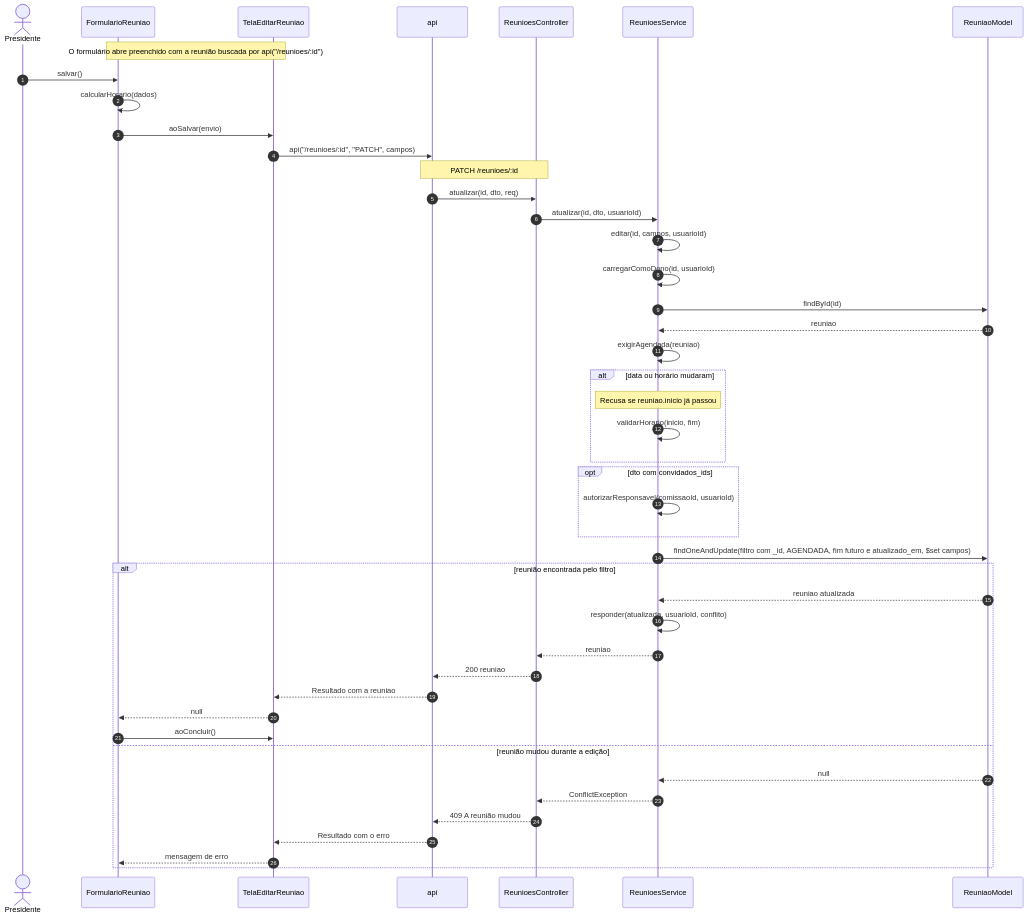
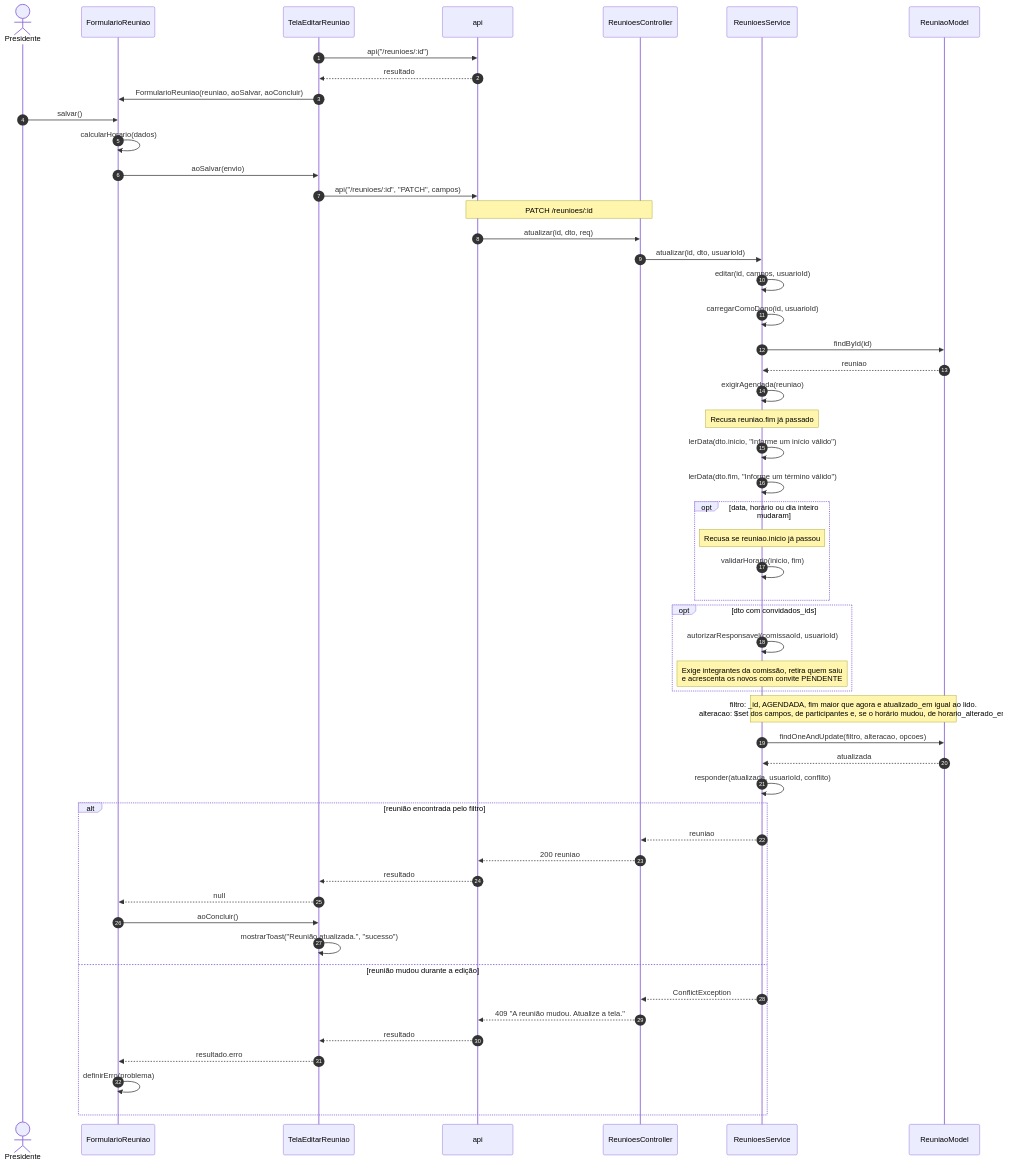
One commit to Conecta-IFSP/DOCUMENTATION changed diagram 11 of 20 in 3 - Incremento2/reunioes/6 - diagramas-sequencia-reunioes.md. Above: the diagram before and after it, drawn with Mermaid. The commit also changed other lines of this file and 10 other files, not shown here.

````diff
--- a/3 - Incremento2/reunioes/6 - diagramas-sequencia-reunioes.md
+++ b/3 - Incremento2/reunioes/6 - diagramas-sequencia-reunioes.md
@@ -340,47 +434,55 @@
 ```mermaid
 sequenceDiagram
     autonumber
     actor U as Presidente
     participant F as FormularioReuniao
     participant E as TelaEditarReuniao
     participant A as api
     participant C as ReunioesController
     participant S as ReunioesService
     participant M as ReuniaoModel
-    Note over F,E: O formulário abre preenchido com a reunião buscada por api("/reunioes/:id")
+    E->>A: api("/reunioes/:id")
+    A-->>E: resultado
+    E->>F: FormularioReuniao(reuniao, aoSalvar, aoConcluir)
     U->>F: salvar()
     F->>F: calcularHorario(dados)
     F->>E: aoSalvar(envio)
     E->>A: api("/reunioes/:id", "PATCH", campos)
     Note over A,C: PATCH /reunioes/:id
     A->>C: atualizar(id, dto, req)
     C->>S: atualizar(id, dto, usuarioId)
     S->>S: editar(id, campos, usuarioId)
     S->>S: carregarComoDono(id, usuarioId)
     S->>M: findById(id)
     M-->>S: reuniao
     S->>S: exigirAgendada(reuniao)
-    alt data ou horário mudaram
+    Note over S: Recusa reuniao.fim já passado
+    S->>S: lerData(dto.inicio, "Informe um início válido")
+    S->>S: lerData(dto.fim, "Informe um término válido")
+    opt data, horário ou dia inteiro mudaram
         Note over S: Recusa se reuniao.inicio já passou
         S->>S: validarHorario(inicio, fim)
     end
     opt dto com convidados_ids
         S->>S: autorizarResponsavel(comissaoId, usuarioId)
+        Note over S: Exige integrantes da comissão, retira quem saiu<br/>e acrescenta os novos com convite PENDENTE
     end
-    S->>M: findOneAndUpdate(filtro com _id, AGENDADA, fim futuro e atualizado_em, $set campos)
+    Note over S,M: filtro: _id, AGENDADA, fim maior que agora e atualizado_em igual ao lido.<br/>alteracao: $set dos campos, de participantes e, se o horário mudou, de horario_alterado_em
+    S->>M: findOneAndUpdate(filtro, alteracao, opcoes)
+    M-->>S: atualizada
+    S->>S: responder(atualizada, usuarioId, conflito)
     alt reunião encontrada pelo filtro
-        M-->>S: reuniao atualizada
-        S->>S: responder(atualizada, usuarioId, conflito)
         S-->>C: reuniao
         C-->>A: 200 reuniao
-        A-->>E: Resultado com a reuniao
+        A-->>E: resultado
         E-->>F: null
         F->>E: aoConcluir()
+        E->>E: mostrarToast("Reunião atualizada.", "sucesso")
     else reunião mudou durante a edição
-        M-->>S: null
         S-->>C: ConflictException
-        C-->>A: 409 A reunião mudou
-        A-->>E: Resultado com o erro
-        E-->>F: mensagem de erro
+        C-->>A: 409 "A reunião mudou. Atualize a tela."
+        A-->>E: resultado
+        E-->>F: resultado.erro
+        F->>F: definirErro(problema)
     end
 ```
````
